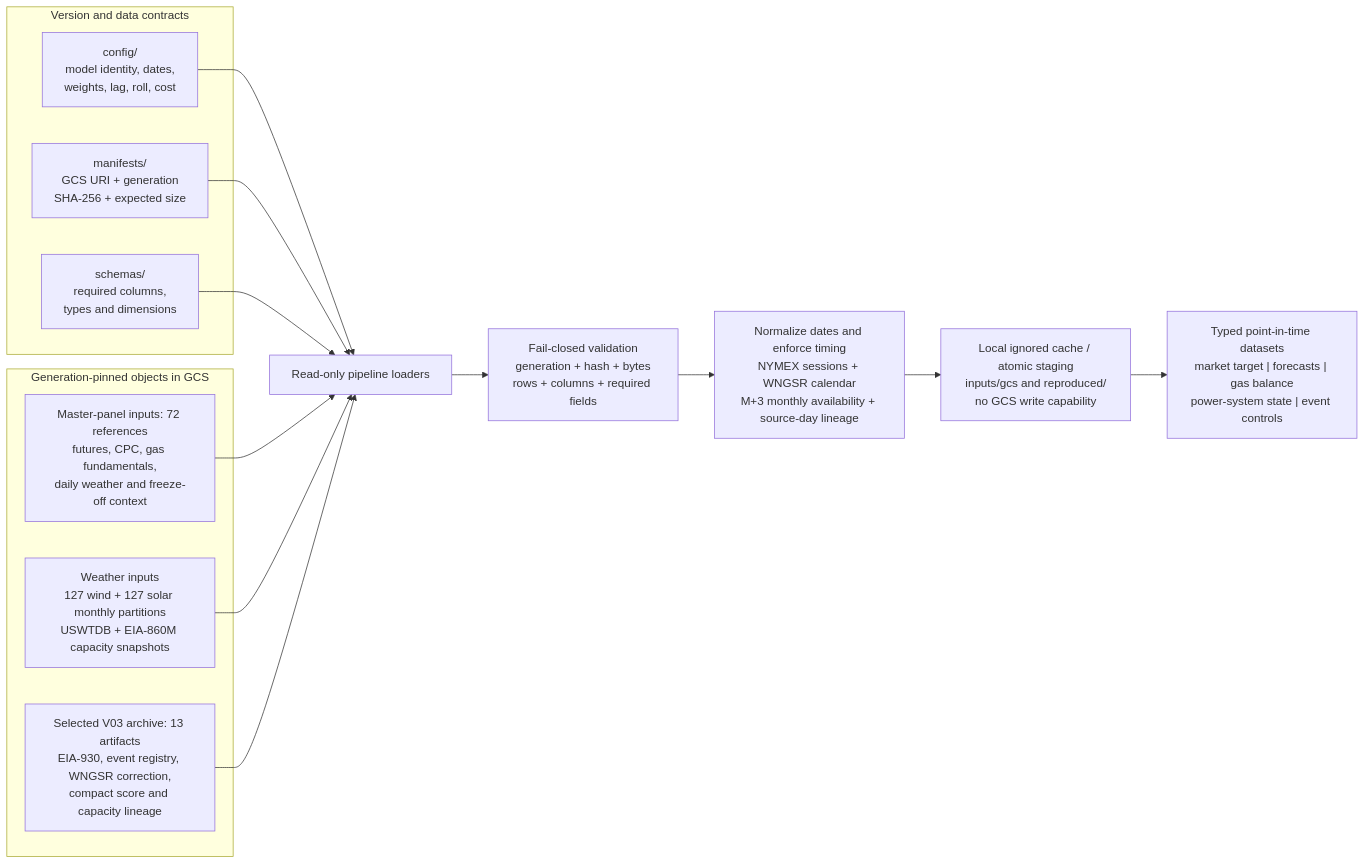
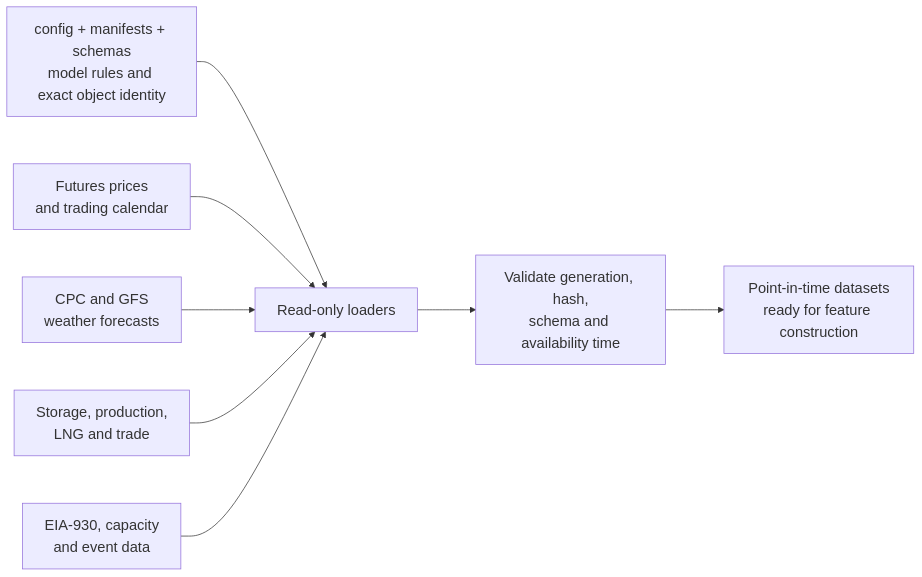
Before and after one commit to Shuhan-yang-math/henry-hub-natural-gas: the first of 3 diagrams in README.md, drawn with Mermaid. The commit also changed other lines of this file, not shown here.

Commit message:
docs: simplify and enlarge strategy flow diagrams

````diff
--- a/README.md
+++ b/README.md
@@ -214,26 +213,13 @@
 ```mermaid
+%%{init: {"flowchart": {"nodeSpacing": 65, "rankSpacing": 80}, "themeVariables": {"fontSize": "20px"}}}%%
 flowchart LR
-    subgraph CONTRACTS["Version and data contracts"]
-        CONFIG["config/<br/>model identity, dates,<br/>weights, lag, roll, cost"]
-        MANIFESTS["manifests/<br/>GCS URI + generation<br/>SHA-256 + expected size"]
-        SCHEMAS["schemas/<br/>required columns,<br/>types and dimensions"]
-    end
+    CONTRACTS["config + manifests + schemas<br/>model rules and exact object identity"] --> LOAD["Read-only loaders"]
 
-    subgraph GCS["Generation-pinned objects in GCS"]
-        PANEL["Master-panel inputs: 72 references<br/>futures, CPC, gas fundamentals,<br/>daily weather and freeze-off context"]
-        WEATHER["Weather inputs<br/>127 wind + 127 solar monthly partitions<br/>USWTDB + EIA-860M capacity snapshots"]
-        SELECTED["Selected V03 archive: 13 artifacts<br/>EIA-930, event registry, WNGSR correction,<br/>compact score and capacity lineage"]
-    end
+    MARKET["Futures prices<br/>and trading calendar"] --> LOAD
+    WEATHER["CPC and GFS<br/>weather forecasts"] --> LOAD
+    GAS["Storage, production,<br/>LNG and trade"] --> LOAD
+    POWER["EIA-930, capacity<br/>and event data"] --> LOAD
 
-    CONFIG --> READER["Read-only pipeline loaders"]
-    MANIFESTS --> READER
-    SCHEMAS --> READER
-    PANEL --> READER
-    WEATHER --> READER
-    SELECTED --> READER
-
-    READER --> VERIFY["Fail-closed validation<br/>generation + hash + bytes<br/>rows + columns + required fields"]
-    VERIFY --> TIMING["Normalize dates and enforce timing<br/>NYMEX sessions + WNGSR calendar<br/>M+3 monthly availability + source-day lineage"]
-    TIMING --> STAGING["Local ignored cache / atomic staging<br/>inputs/gcs and reproduced/<br/>no GCS write capability"]
-    STAGING --> DATASETS["Typed point-in-time datasets<br/>market target | forecasts | gas balance<br/>power-system state | event controls"]
+    LOAD --> CHECK["Validate generation, hash,<br/>schema and availability time"]
+    CHECK --> READY["Point-in-time datasets<br/>ready for feature construction"]
 ```
````
